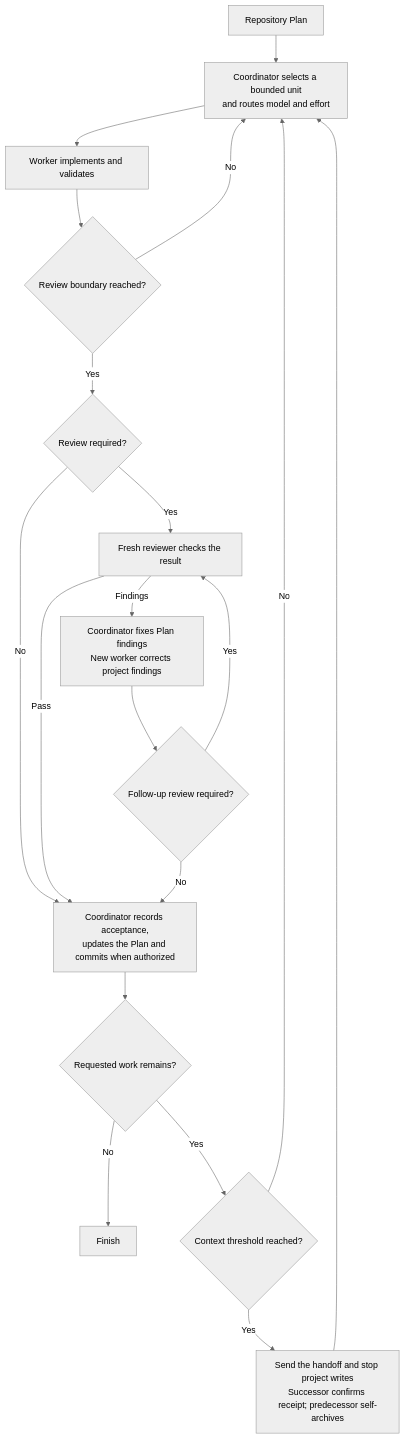
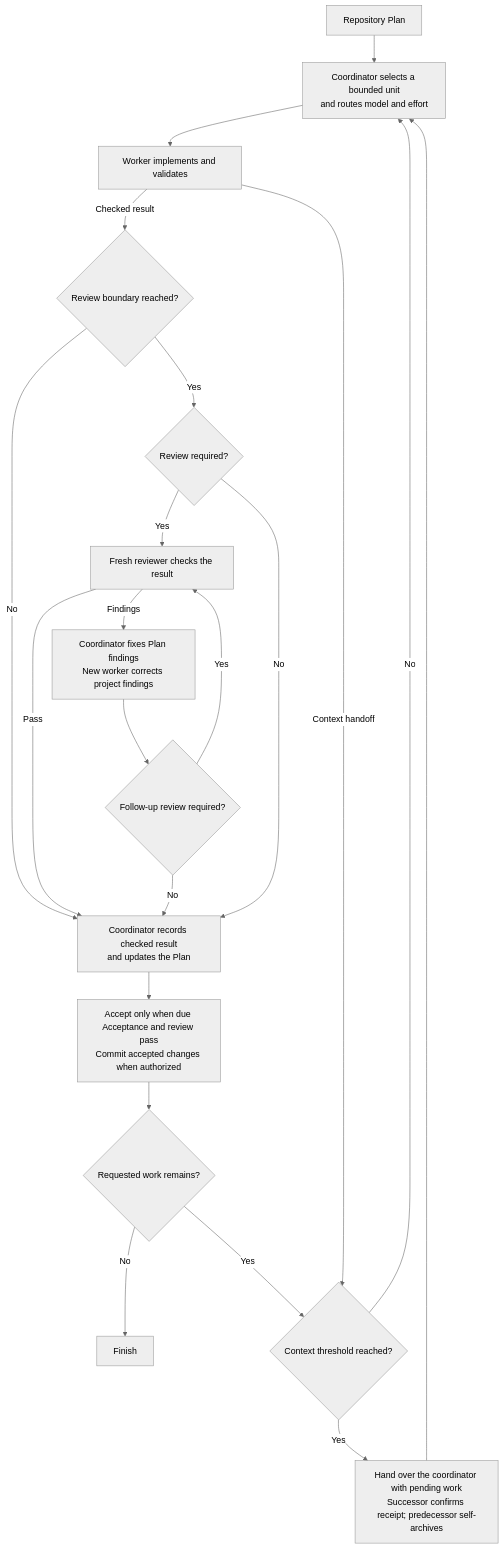
The diagram in README.md (benjaminstelzer/scoville-suite-for-codex), drawn with Mermaid (neutral theme) before and after one commit. The commit also changed other lines of this file and 41 other files, not shown here.

````diff
--- a/README.md
+++ b/README.md
@@ -49,21 +49,23 @@
 ```mermaid
 flowchart TD
     P["Repository Plan"] --> C["Coordinator selects a bounded unit<br/>and routes model and effort"]
     C --> W["Worker implements and validates"]
-    W --> B{"Review boundary reached?"}
-    B -->|No| C
+    W -->|Checked result| B{"Review boundary reached?"}
+    W -->|Context handoff| T
+    B -->|No| A
     B -->|Yes| G{"Review required?"}
     G -->|Yes| R["Fresh reviewer checks the result"]
-    G -->|No| A["Coordinator records acceptance,<br/>updates the Plan and commits when authorized"]
+    G -->|No| A["Coordinator records checked result<br/>and updates the Plan"]
     R -->|Pass| A
     R -->|Findings| F["Coordinator fixes Plan findings<br/>New worker corrects project findings"]
     F --> Q{"Follow-up review required?"}
     Q -->|Yes| R
     Q -->|No| A
-    A --> N{"Requested work remains?"}
+    A --> E["Accept only when due Acceptance and review pass<br/>Commit accepted changes when authorized"]
+    E --> N{"Requested work remains?"}
     N -->|No| D["Finish"]
     N -->|Yes| T{"Context threshold reached?"}
     T -->|No| C
-    T -->|Yes| H["Send the handoff and stop project writes<br/>Successor confirms receipt; predecessor self-archives"]
+    T -->|Yes| H["Hand over the coordinator with pending work<br/>Successor confirms receipt; predecessor self-archives"]
     H --> C
 ```
````
